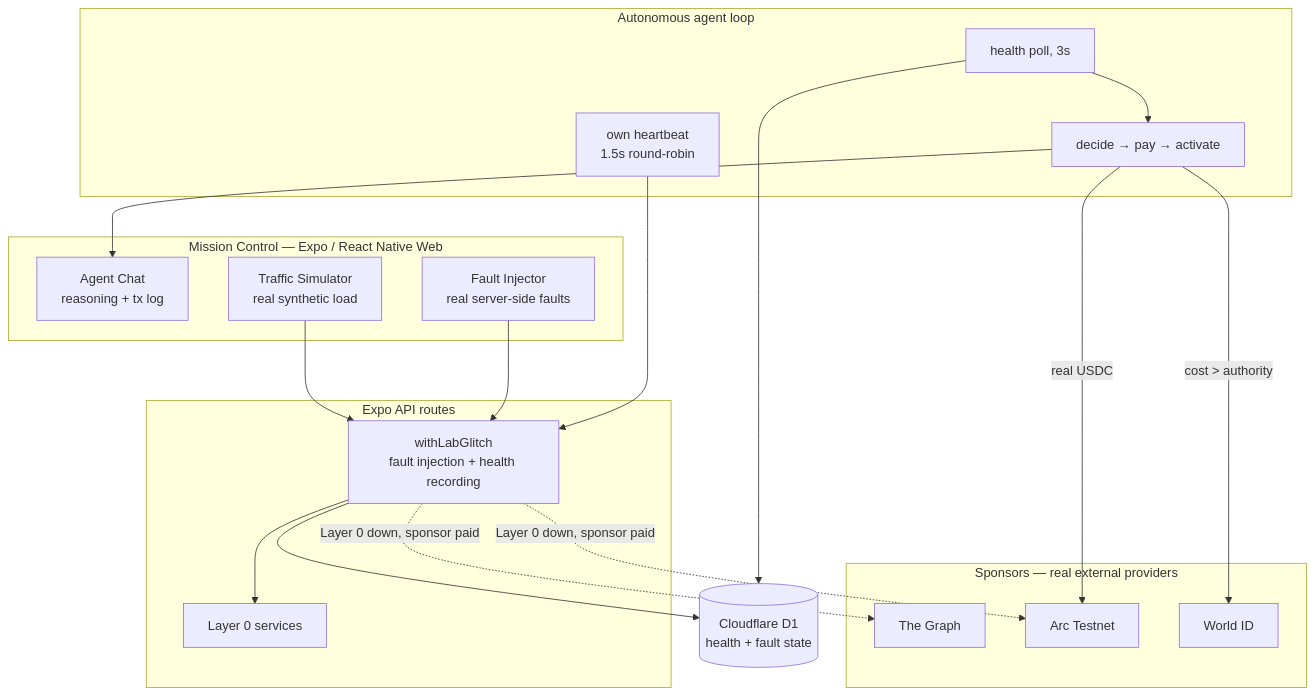
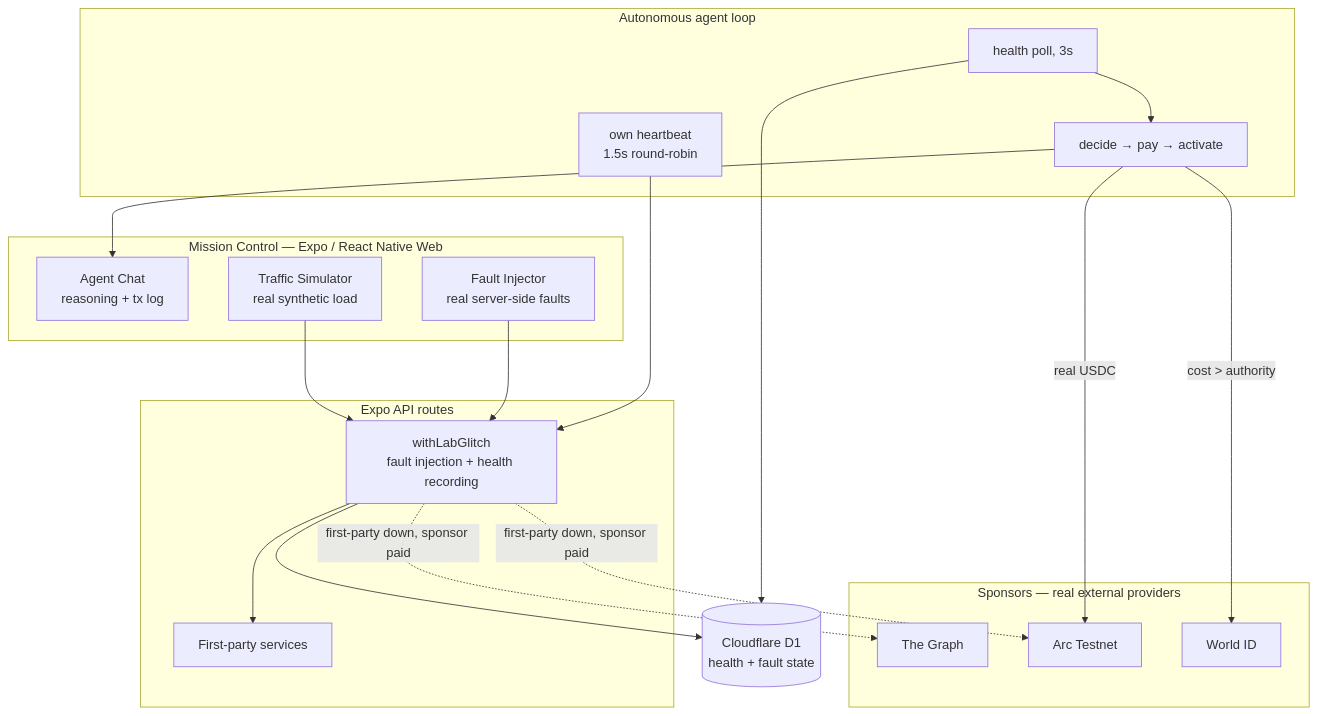
The first of 3 diagrams in README.md (altaga/Mandate), drawn with Mermaid before and after one commit. The commit also changed other lines of this file and 19 other files, not shown here.

````diff
--- a/README.md
+++ b/README.md
@@ -122,40 +123,40 @@
 ```mermaid
 graph TB
   subgraph Client["Mission Control — Expo / React Native Web"]
     Chat["Agent Chat<br/>reasoning + tx log"]
     Traffic["Traffic Simulator<br/>real synthetic load"]
     Glitch["Fault Injector<br/>real server-side faults"]
   end
 
   subgraph Agent["Autonomous agent loop"]
     HB["own heartbeat<br/>1.5s round-robin"]
     Poll["health poll, 3s"]
     FO["decide → pay → activate"]
   end
 
   subgraph Server["Expo API routes"]
     Guard["withLabGlitch<br/>fault injection + health recording"]
-    L0["Layer 0 services"]
+    L0["First-party services"]
   end
 
   D1[("Cloudflare D1<br/>health + fault state")]
 
   subgraph Sponsors["Sponsors — real external providers"]
     TheGraph["The Graph"]
     ArcNet["Arc Testnet"]
     WorldID["World ID"]
   end
 
   Traffic --> Guard
   Glitch --> Guard
   HB --> Guard
   Guard --> L0
   Guard --> D1
-  Guard -.->|"Layer 0 down, sponsor paid"| TheGraph
-  Guard -.->|"Layer 0 down, sponsor paid"| ArcNet
+  Guard -.->|"first-party down, sponsor paid"| TheGraph
+  Guard -.->|"first-party down, sponsor paid"| ArcNet
   Poll --> D1
   Poll --> FO
   FO -->|"real USDC"| ArcNet
   FO -->|"cost > authority"| WorldID
   FO --> Chat
 ```
````
